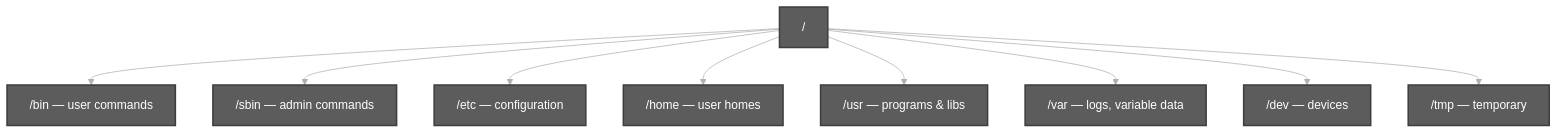
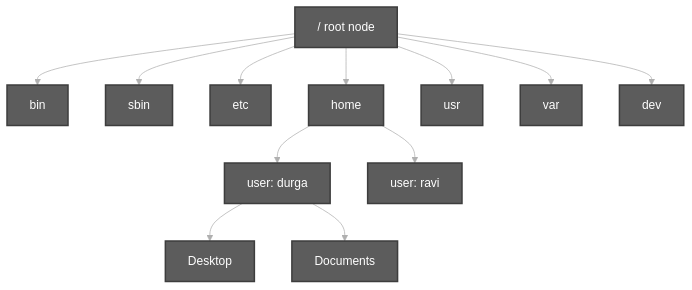
Before and after one commit to chaitussm/Linux-Basics: the third of 3 diagrams in docs/topics/File System Navigation Commands And Hierarchy.md, drawn with Mermaid. The commit also changed other lines of this file and 6 other files, not shown here.

````diff
--- a/docs/topics/File System Navigation Commands And Hierarchy.md
+++ b/docs/topics/File System Navigation Commands And Hierarchy.md
@@ -240,16 +342,19 @@
 ```mermaid
 %%{init: {'theme': 'base', 'themeVariables': {'primaryColor': '#5c5c5c', 'primaryTextColor': '#ffffff', 'primaryBorderColor': '#3d3d3d', 'lineColor': '#b0b0b0'}}}%%
 flowchart TB
-    ROOT["/"]
-    ROOT --> bin["/bin — user commands"]
-    ROOT --> sbin["/sbin — admin commands"]
-    ROOT --> etc["/etc — configuration"]
-    ROOT --> home["/home — user homes"]
-    ROOT --> usr["/usr — programs & libs"]
-    ROOT --> var["/var — logs, variable data"]
-    ROOT --> dev["/dev — devices"]
-    ROOT --> tmp["/tmp — temporary"]
+    R["/  root node"]
+    R --> B["bin"]
+    R --> S["sbin"]
+    R --> E["etc"]
+    R --> H["home"]
+    R --> U["usr"]
+    R --> V["var"]
+    R --> D["dev"]
+    H --> U1["user: durga"]
+    H --> U2["user: ravi"]
+    U1 --> desk["Desktop"]
+    U1 --> doc["Documents"]
 
     classDef darkGrey fill:#5c5c5c,stroke:#3d3d3d,color:#ffffff,stroke-width:2px
-    class ROOT,bin,sbin,etc,home,usr,var,dev,tmp darkGrey
+    class R,B,S,E,H,U,V,D,U1,U2,desk,doc darkGrey
 ```
````
